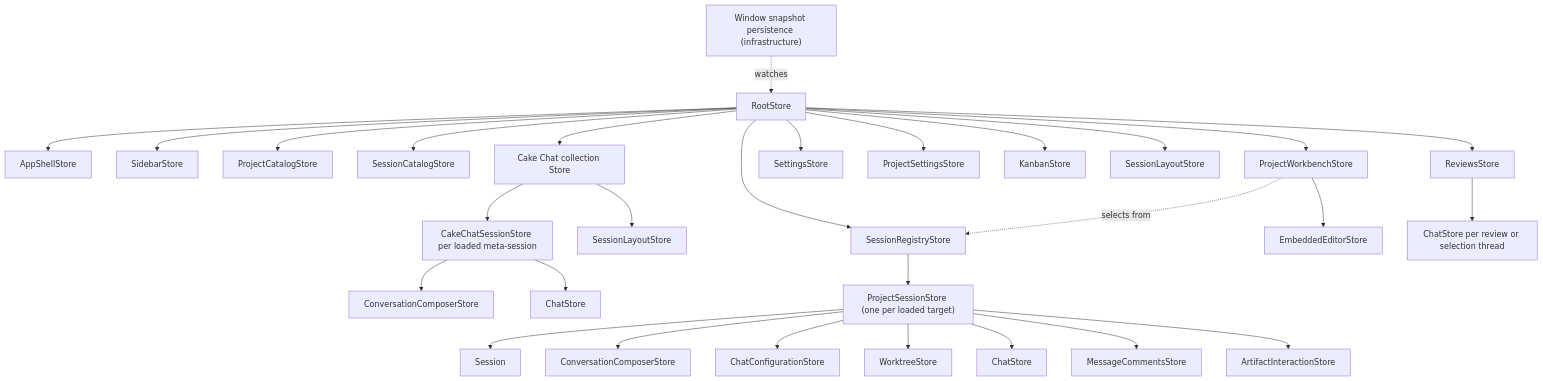
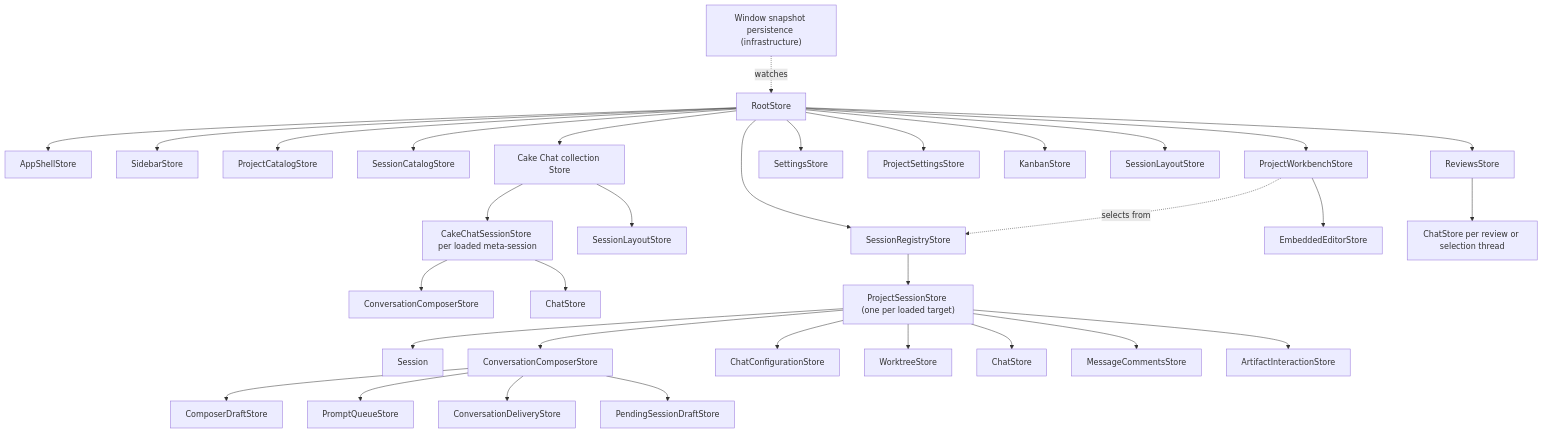
The diagram in docs/architecture/cake-architecture.md (melnikov-s/cake), drawn with Mermaid before and after one commit. The commit also changed other lines of this file and 19 other files, not shown here.

Commit message:
decompose conversation composer workflows

````diff
--- a/docs/architecture/cake-architecture.md
+++ b/docs/architecture/cake-architecture.md
@@ -462,31 +466,35 @@
 ```mermaid
 flowchart TD
   Root["RootStore"] --> Shell["AppShellStore"]
   Root --> Sidebar["SidebarStore"]
   Root --> Projects["ProjectCatalogStore"]
   Root --> Catalog["SessionCatalogStore"]
   Root --> Registry["SessionRegistryStore"]
   Root --> Workbench["ProjectWorkbenchStore"]
   Root --> CakeChat["Cake Chat collection Store"]
   CakeChat --> CakeLayout["SessionLayoutStore"]
   CakeChat --> CakeSession["CakeChatSessionStore per loaded meta-session"]
   CakeSession --> CakeComposer["ConversationComposerStore"]
   CakeSession --> MetaChat["ChatStore"]
   Root --> Settings["SettingsStore"]
   Root --> ProjectSettings["ProjectSettingsStore"]
   Root --> Kanban["KanbanStore"]
   Persistence["Window snapshot persistence (infrastructure)"] -. watches .-> Root
   Workbench -. selects from .-> Registry
   Root --> Layout["SessionLayoutStore"]
   Workbench --> IDE["EmbeddedEditorStore"]
   Registry --> Session["ProjectSessionStore (one per loaded target)"]
   Session --> Model["Session"]
   Session --> Composer["ConversationComposerStore"]
+  Composer --> ComposerDraft["ComposerDraftStore"]
+  Composer --> PromptQueue["PromptQueueStore"]
+  Composer --> Delivery["ConversationDeliveryStore"]
+  Composer --> PendingDraft["PendingSessionDraftStore"]
   Session --> Config["ChatConfigurationStore"]
   Session --> Worktree["WorktreeStore"]
   Session --> Chat["ChatStore"]
   Session --> Comments["MessageCommentsStore"]
   Session --> Artifacts["ArtifactInteractionStore"]
   Root --> Reviews["ReviewsStore"]
   Reviews --> ThreadChats["ChatStore per review or selection thread"]
 ```
````
